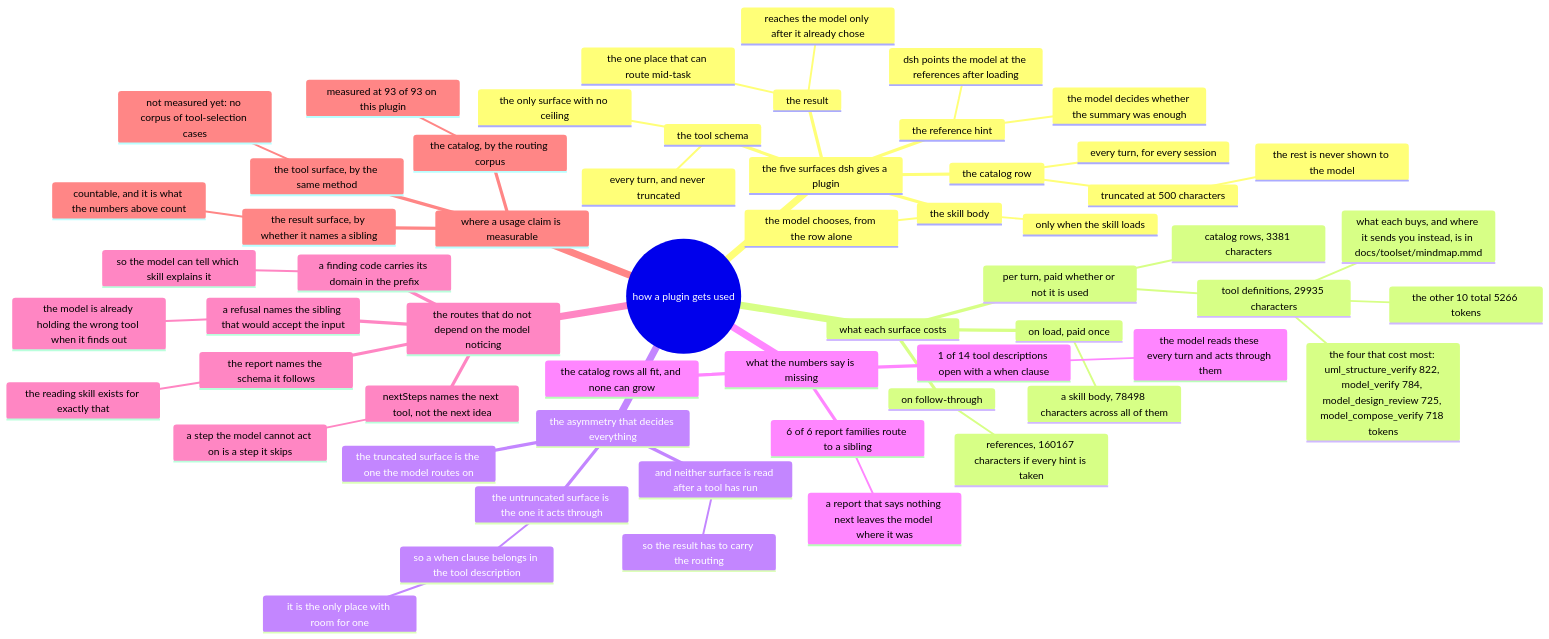
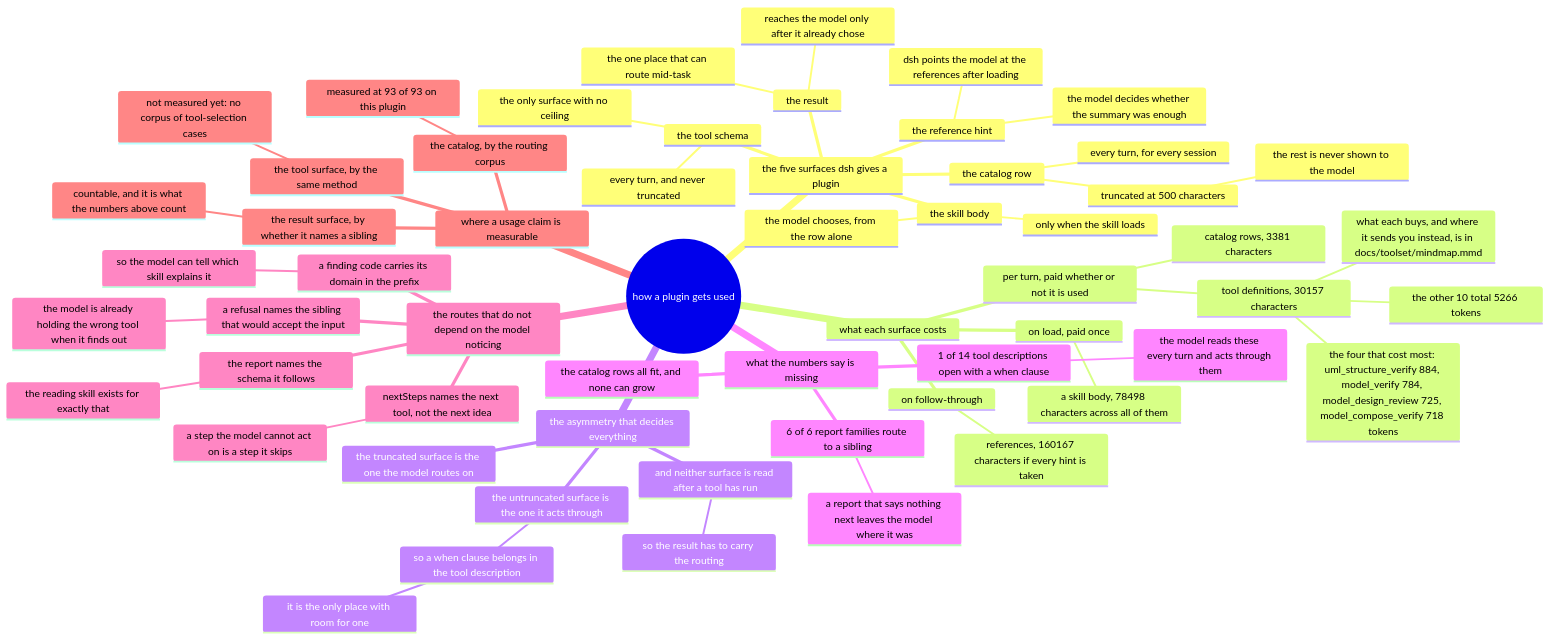
Before and after one commit to AmethystLuna/dsh-model-everything: the diagram in docs/usage/mindmap.mmd, drawn with Mermaid. The commit also changed 13 other files, not shown here.

```diff
--- a/docs/usage/mindmap.mmd
+++ b/docs/usage/mindmap.mmd
@@ -1,59 +1,59 @@
 mindmap
 root((how a plugin gets used))
   the five surfaces dsh gives a plugin
     the catalog row
       every turn, for every session
       truncated at 500 characters
         the rest is never shown to the model
     the skill body
       only when the skill loads
       the model chooses, from the row alone
     the reference hint
       dsh points the model at the references after loading
       the model decides whether the summary was enough
     the tool schema
       every turn, and never truncated
       the only surface with no ceiling
     the result
       reaches the model only after it already chose
       the one place that can route mid-task
   what each surface costs
     per turn, paid whether or not it is used
       catalog rows, 3381 characters
-      tool definitions, 29935 characters
-        the four that cost most: uml_structure_verify 822, model_verify 784, model_design_review 725, model_compose_verify 718 tokens
+      tool definitions, 30157 characters
+        the four that cost most: uml_structure_verify 884, model_verify 784, model_design_review 725, model_compose_verify 718 tokens
         the other 10 total 5266 tokens
         what each buys, and where it sends you instead, is in docs/toolset/mindmap.mmd
     on load, paid once
       a skill body, 78498 characters across all of them
     on follow-through
       references, 160167 characters if every hint is taken
   the asymmetry that decides everything
     the truncated surface is the one the model routes on
     the untruncated surface is the one it acts through
       so a when clause belongs in the tool description
         it is the only place with room for one
     and neither surface is read after a tool has run
       so the result has to carry the routing
   what the numbers say is missing
     1 of 14 tool descriptions open with a when clause
       the model reads these every turn and acts through them
     6 of 6 report families route to a sibling
       a report that says nothing next leaves the model where it was
     the catalog rows all fit, and none can grow
   the routes that do not depend on the model noticing
     a refusal names the sibling that would accept the input
       the model is already holding the wrong tool when it finds out
     nextSteps names the next tool, not the next idea
       a step the model cannot act on is a step it skips
     a finding code carries its domain in the prefix
       so the model can tell which skill explains it
     the report names the schema it follows
       the reading skill exists for exactly that
   where a usage claim is measurable
     the catalog, by the routing corpus
       measured at 93 of 93 on this plugin
     the tool surface, by the same method
       not measured yet: no corpus of tool-selection cases
     the result surface, by whether it names a sibling
       countable, and it is what the numbers above count
```
